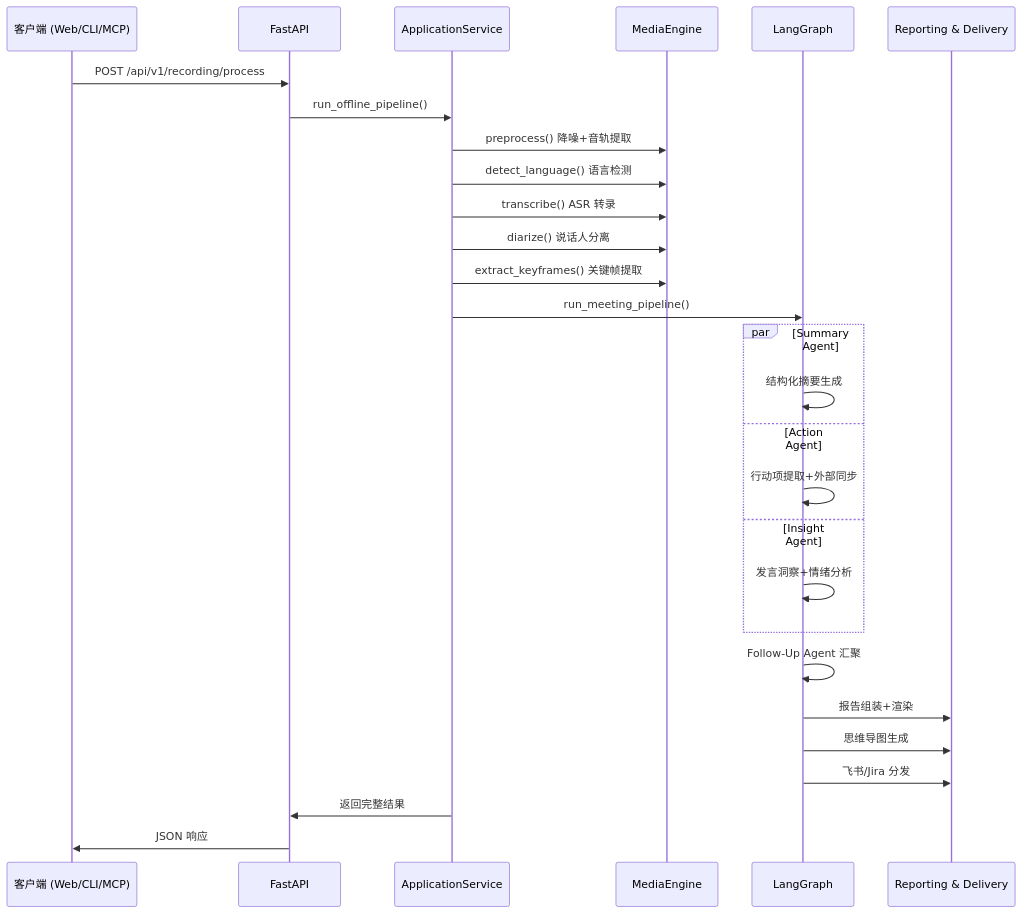
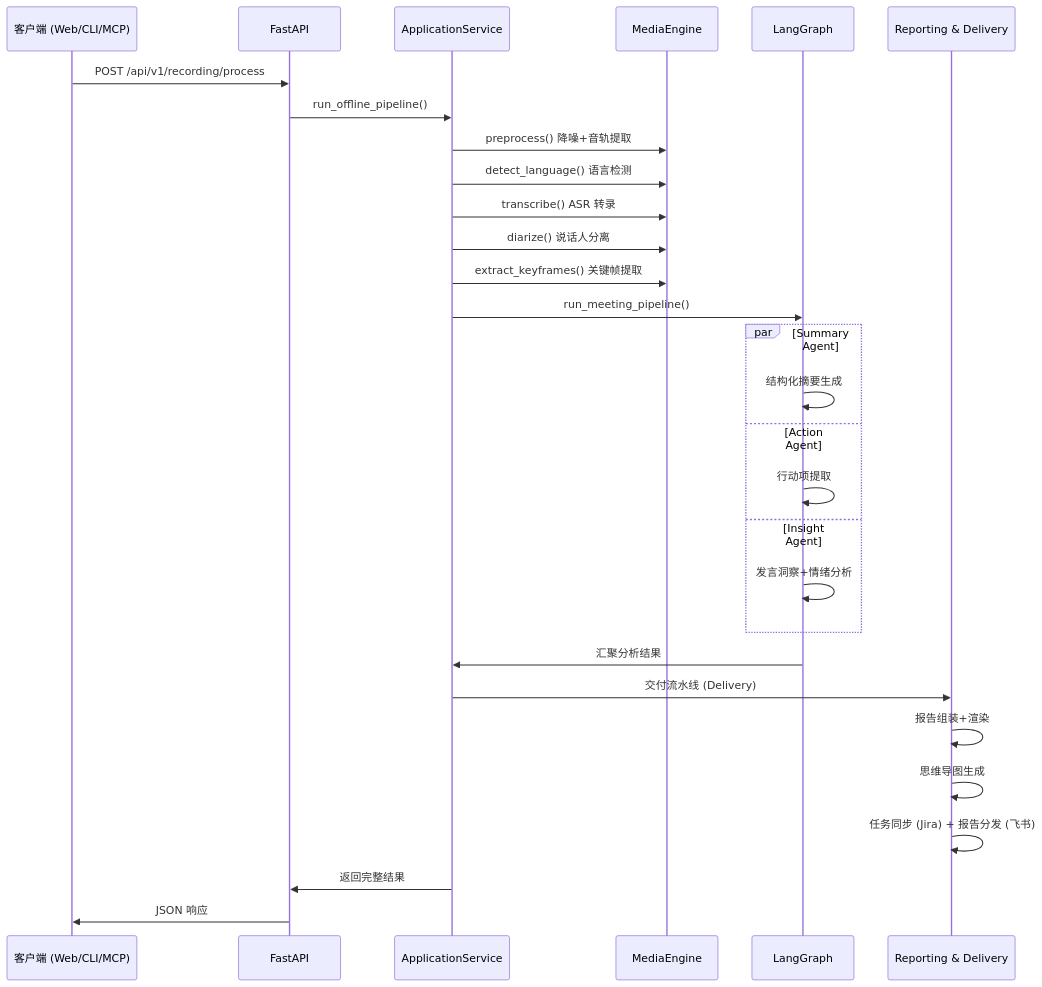
One commit to drfgjko/smartmeet-agent-suite changed the second of 5 diagrams in docs/architecture.md. Above: the diagram before and after it, drawn with Mermaid. The commit also changed other lines of this file and 5 other files, not shown here.

````diff
--- a/docs/architecture.md
+++ b/docs/architecture.md
@@ -171,36 +170,37 @@
 ```mermaid
 sequenceDiagram
     participant Client as 客户端 (Web/CLI/MCP)
     participant API as FastAPI
     participant App as ApplicationService
     participant Media as MediaEngine
     participant Graph as LangGraph
     participant Services as Reporting & Delivery
 
     Client->>API: POST /api/v1/recording/process
     API->>App: run_offline_pipeline()
     
     App->>Media: preprocess() 降噪+音轨提取
     App->>Media: detect_language() 语言检测
     App->>Media: transcribe() ASR 转录
     App->>Media: diarize() 说话人分离
     App->>Media: extract_keyframes() 关键帧提取
 
     App->>Graph: run_meeting_pipeline()
     
     par Summary Agent
         Graph->>Graph: 结构化摘要生成
     and Action Agent
-        Graph->>Graph: 行动项提取+外部同步
+        Graph->>Graph: 行动项提取
     and Insight Agent
         Graph->>Graph: 发言洞察+情绪分析
     end
 
-    Graph->>Graph: Follow-Up Agent 汇聚
-    Graph->>Services: 报告组装+渲染
-    Graph->>Services: 思维导图生成
-    Graph->>Services: 飞书/Jira 分发
+    Graph->>App: 汇聚分析结果
+    App->>Services: 交付流水线 (Delivery)
+    Services->>Services: 报告组装+渲染
+    Services->>Services: 思维导图生成
+    Services->>Services: 任务同步 (Jira) + 报告分发 (飞书)
 
     App->>API: 返回完整结果
     API->>Client: JSON 响应
 ```
````
